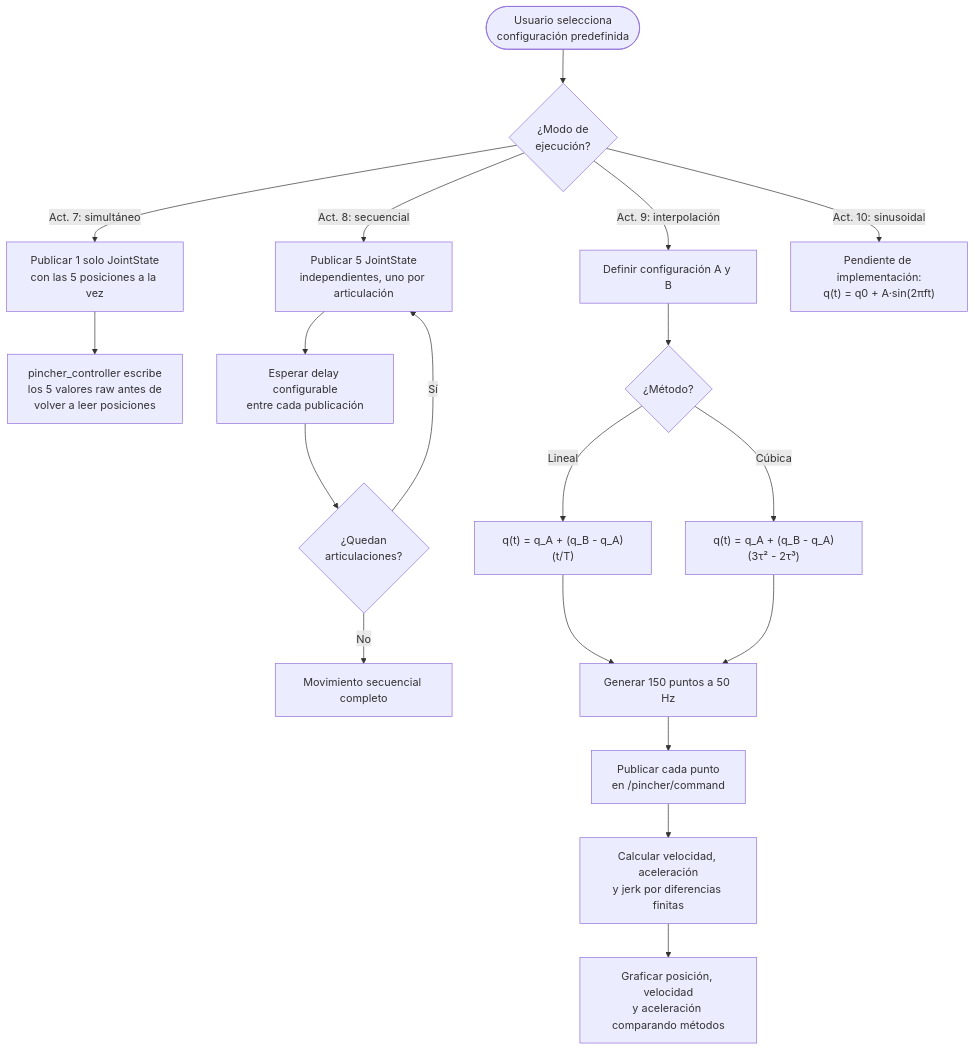
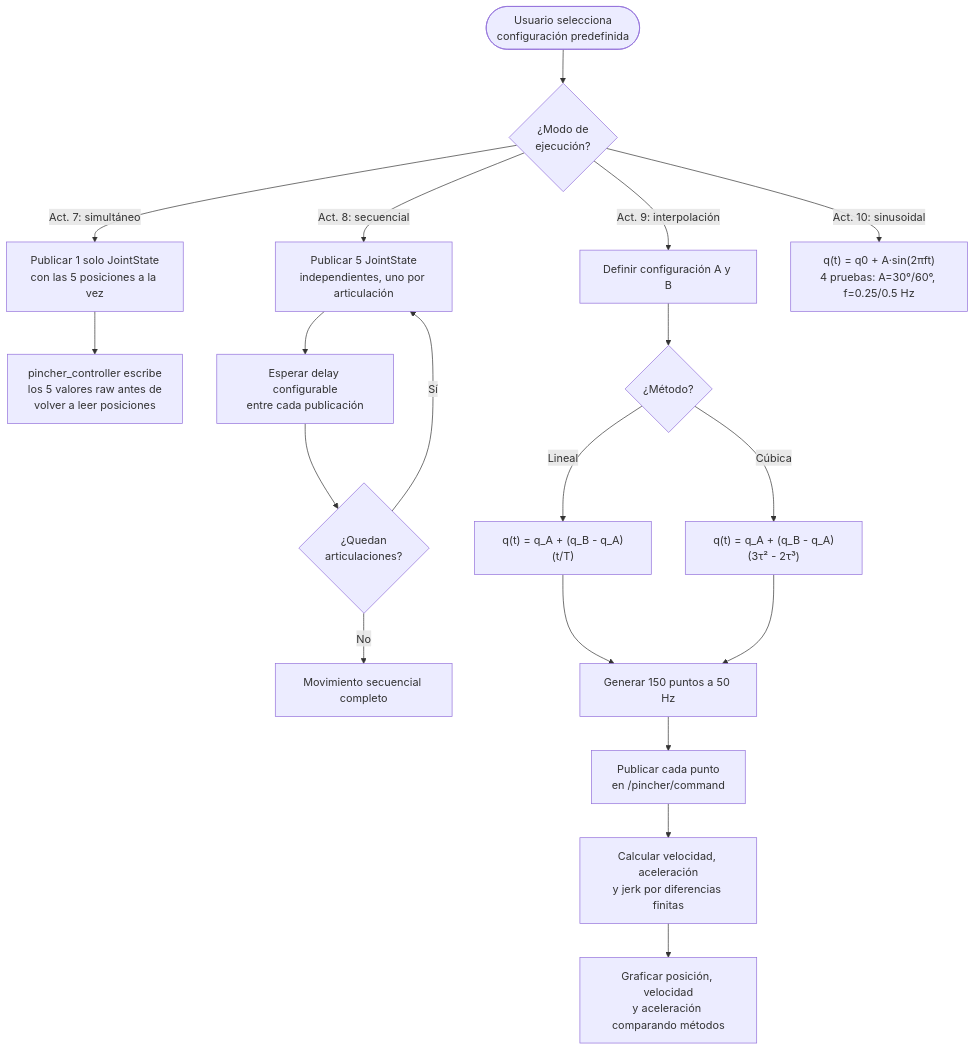
Before and after one commit to labsir-un/Robotica-2026-I-Equipo-2E-Mora-Pacheco-Pinilla: the third of 6 diagrams in Laboratorio No. 05 - Robótica de Desarrollo ROS Jazzy y Phantom Pincher X100/README.MD, drawn with Mermaid. The commit also changed other lines of this file and 1 other file, not shown here.

Commit message:
fix: eliminar README duplicado en src/lab05_code y actualizar README correcto con Act 6, 10, 11, 12, 14

````diff
--- a/Laboratorio No. 05 - Robótica de Desarrollo ROS Jazzy y Phantom Pincher X100/README.MD
+++ b/Laboratorio No. 05 - Robótica de Desarrollo ROS Jazzy y Phantom Pincher X100/README.MD
@@ -530,25 +529,25 @@
 ```mermaid
 flowchart TD
     START([Usuario selecciona<br/>configuración predefinida]) --> MODE{¿Modo de<br/>ejecución?}
 
     MODE -->|Act. 7: simultáneo| SIM["Publicar 1 solo JointState<br/>con las 5 posiciones a la vez"]
     SIM --> SIMOUT["pincher_controller escribe<br/>los 5 valores raw antes de<br/>volver a leer posiciones"]
 
     MODE -->|Act. 8: secuencial| SEQ["Publicar 5 JointState<br/>independientes, uno por articulación"]
     SEQ --> DELAY["Esperar delay configurable<br/>entre cada publicación"]
     DELAY --> NEXTJOINT{¿Quedan<br/>articulaciones?}
     NEXTJOINT -->|Sí| SEQ
     NEXTJOINT -->|No| SEQOUT[Movimiento secuencial completo]
 
     MODE -->|Act. 9: interpolación| CONF[Definir configuración A y B]
     CONF --> METHOD{¿Método?}
     METHOD -->|Lineal| LIN["q(t) = q_A + (q_B - q_A)(t/T)"]
     METHOD -->|Cúbica| CUB["q(t) = q_A + (q_B - q_A)(3τ² - 2τ³)"]
     LIN --> GEN[Generar 150 puntos a 50 Hz]
     CUB --> GEN
     GEN --> PUBP[Publicar cada punto<br/>en /pincher/command]
     PUBP --> METRICS[Calcular velocidad, aceleración<br/>y jerk por diferencias finitas]
     METRICS --> PLOT9[Graficar posición, velocidad<br/>y aceleración comparando métodos]
 
-    MODE -->|Act. 10: sinusoidal| SIN["Pendiente de implementación:<br/>q(t) = q0 + A·sin(2πft)"]
+    MODE -->|Act. 10: sinusoidal| SIN["q(t) = q0 + A·sin(2πft)<br/>4 pruebas: A=30°/60°, f=0.25/0.5 Hz"]
 ```
````
